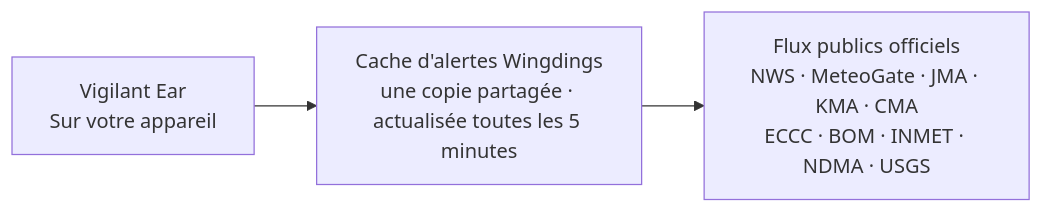
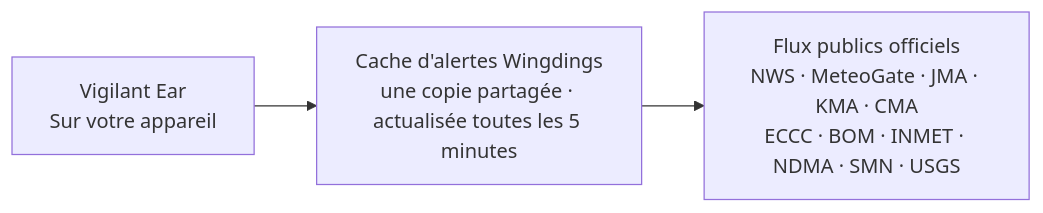
Before and after one commit to rpalm01-star/VigilantEarLegal: the fourth of 4 diagrams in README_fr.md, drawn with Mermaid. The commit also changed other lines of this file and 44 other files, not shown here.

````diff
--- a/README_fr.md
+++ b/README_fr.md
@@ -171,5 +171,5 @@
 ```mermaid
 graph LR
     P1["Vigilant Ear<br/>Sur votre appareil"] --> W["Cache d'alertes Wingdings<br/>une copie partagée · actualisée toutes les 5 minutes"]
-    W --> N["Flux publics officiels<br/>NWS · MeteoGate · JMA · KMA · CMA<br/>ECCC · BOM · INMET · NDMA · USGS"]
+    W --> N["Flux publics officiels<br/>NWS · MeteoGate · JMA · KMA · CMA<br/>ECCC · BOM · INMET · NDMA · SMN · USGS"]
 ```
````
